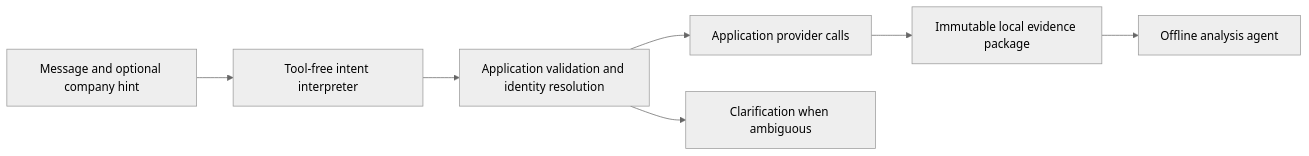
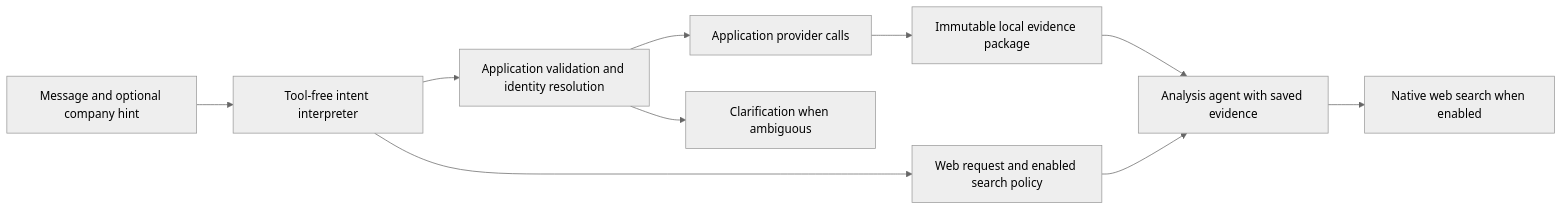
One commit to h4vismat/lugus changed the diagram in docs/application-research-preparation.md. Above: the diagram before and after it, drawn with Mermaid (neutral theme). The commit also changed other lines of this file and 165 other files, not shown here.

````diff
--- a/docs/application-research-preparation.md
+++ b/docs/application-research-preparation.md
@@ -7,9 +7,12 @@
 ```mermaid
 flowchart LR
     A[Message and optional company hint] --> B[Tool-free intent interpreter]
     B --> C[Application validation and identity resolution]
     C --> D[Application provider calls]
     D --> E[Immutable local evidence package]
-    E --> F[Offline analysis agent]
+    E --> F[Analysis agent with saved evidence]
+    B --> H[Web request and enabled search policy]
+    H --> F
+    F --> I[Native web search when enabled]
     C --> G[Clarification when ambiguous]
 ```
````
